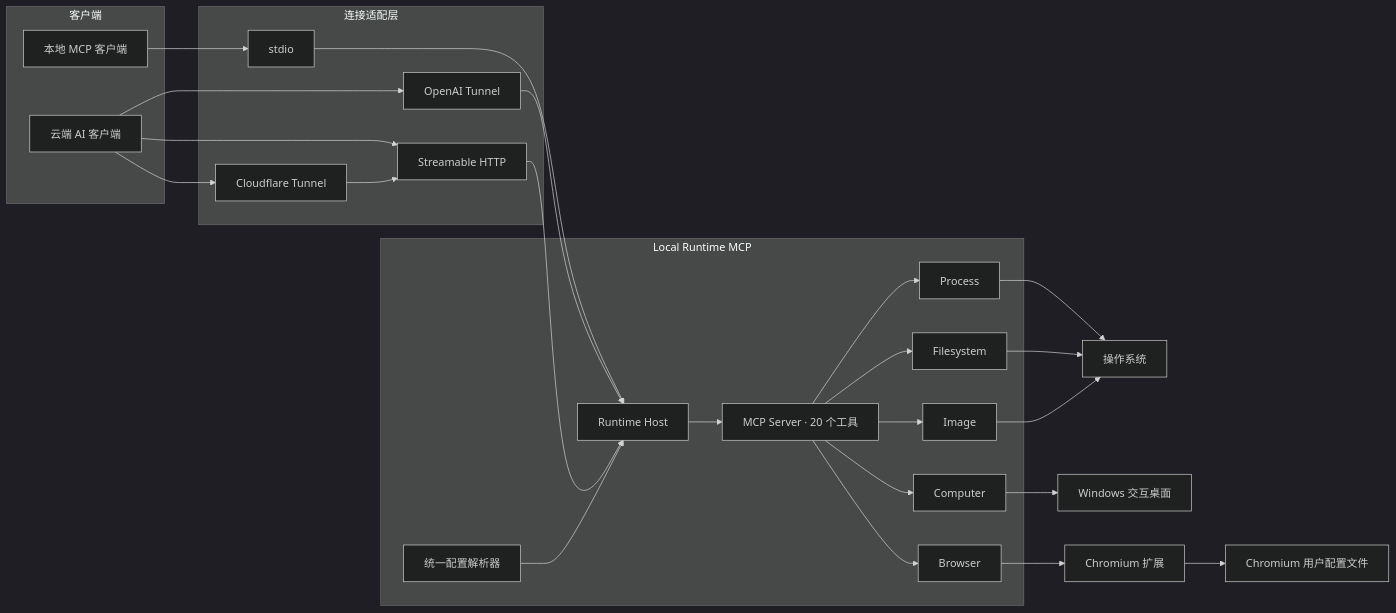
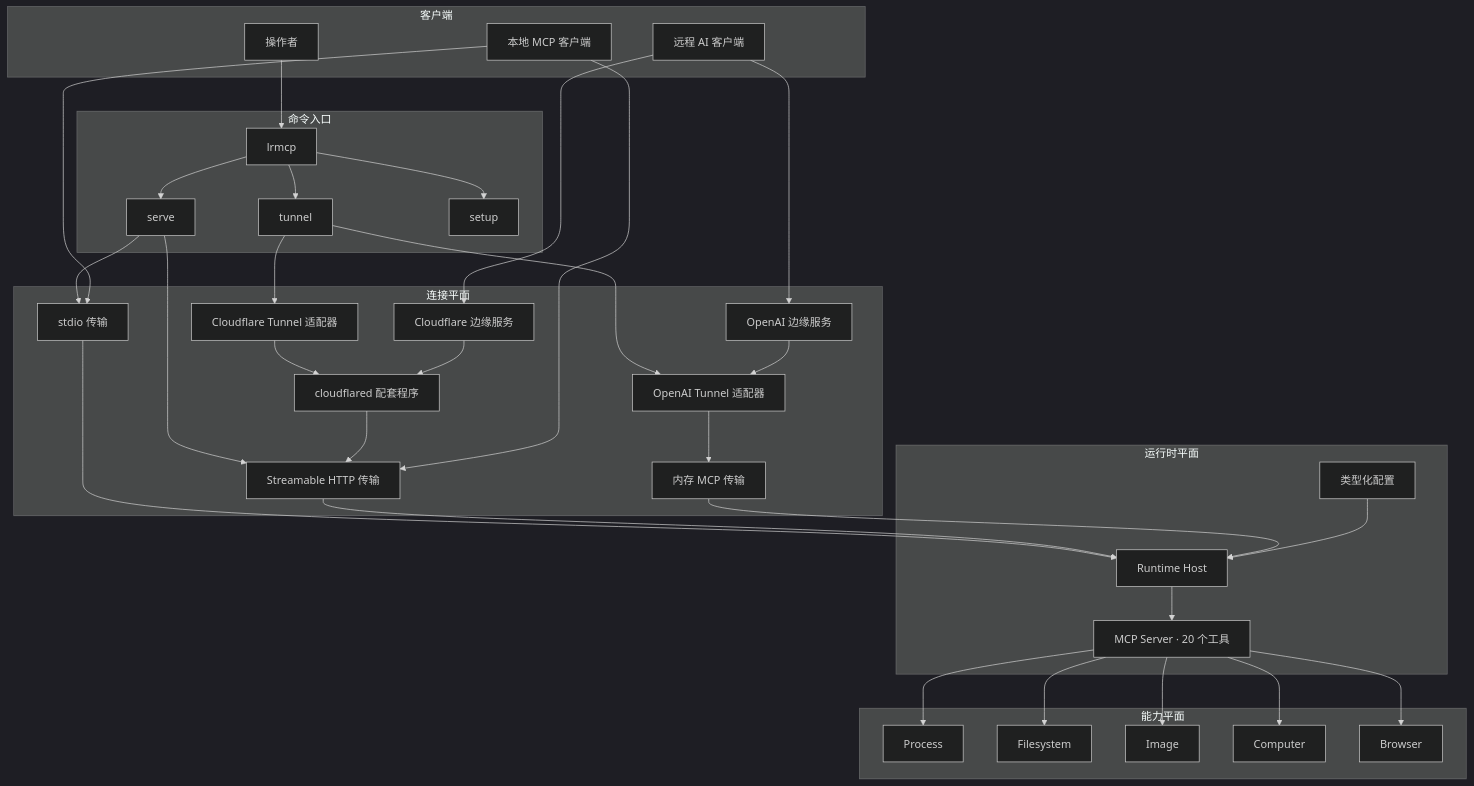
One commit to hicancan/local-runtime-mcp changed the first of 7 diagrams in README.zh-CN.md. Above: the diagram before and after it, drawn with Mermaid (dark theme). The commit also changed other lines of this file and 21 other files, not shown here.

````diff
--- a/README.zh-CN.md
+++ b/README.zh-CN.md
@@ -26,48 +31,70 @@
 ```mermaid
-flowchart LR
+flowchart TB
     subgraph Clients[客户端]
-        A[云端 AI 客户端]
-        S[本地 MCP 客户端]
+		OP[操作者]
+        LOCAL[本地 MCP 客户端]
+        REMOTE[远程 AI 客户端]
     end
 
-    subgraph Connections[连接适配层]
-        STDIO[stdio]
-        OAI[OpenAI Tunnel]
-        HTTP[Streamable HTTP]
-        CF[Cloudflare Tunnel]
+    subgraph Commands[命令入口]
+        CLI[lrmcp]
+        SERVE[serve]
+        TUNNEL[tunnel]
+        SETUP[setup]
     end
 
-    subgraph Runtime[Local Runtime MCP]
-        CFG[统一配置解析器]
+    subgraph Connection[连接平面]
+        STDIO[stdio 传输]
+        HTTP[Streamable HTTP 传输]
+        OAI[OpenAI Tunnel 适配器]
+        CF[Cloudflare Tunnel 适配器]
+        OAIE[OpenAI 边缘服务]
+        CFE[Cloudflare 边缘服务]
+        CFD[cloudflared 配套程序]
+        MEMORY[内存 MCP 传输]
+    end
+
+    subgraph Runtime[运行时平面]
+        CFG[类型化配置]
         HOST[Runtime Host]
         MCP[MCP Server · 20 个工具]
+    end
+
+    subgraph Capabilities[能力平面]
         P[Process]
         F[Filesystem]
         I[Image]
         C[Computer]
         B[Browser]
     end
 
-    S --> STDIO
-    A --> OAI
-    A --> CF
-    A --> HTTP
-    CF --> HTTP
+    OP --> CLI
+    CLI --> SERVE
+    CLI --> TUNNEL
+    CLI --> SETUP
+
+    SERVE --> STDIO
+    SERVE --> HTTP
+    TUNNEL --> OAI
+    TUNNEL --> CF
+    OAI --> MEMORY
+    CF --> CFD
+    CFD --> HTTP
+	REMOTE --> OAIE
+	OAIE --> OAI
+	REMOTE --> CFE
+	CFE --> CFD
+	LOCAL --> STDIO
+	LOCAL --> HTTP
+
     STDIO --> HOST
-    OAI --> HOST
     HTTP --> HOST
+    MEMORY --> HOST
     CFG --> HOST
     HOST --> MCP
     MCP --> P
     MCP --> F
     MCP --> I
     MCP --> C
     MCP --> B
-
-    P --> OS[操作系统]
-    F --> OS
-    I --> OS
-    C --> WIN[Windows 交互桌面]
-    B --> EXT[Chromium 扩展]
-    EXT --> CHROME[Chromium 用户配置文件]
 ```
````
